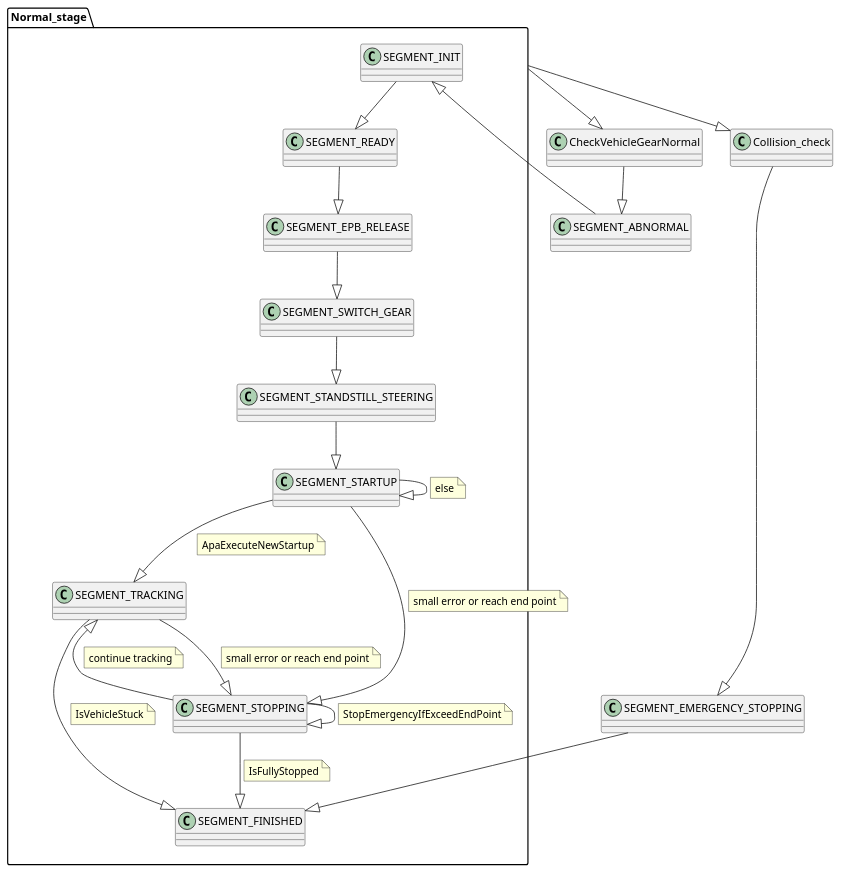
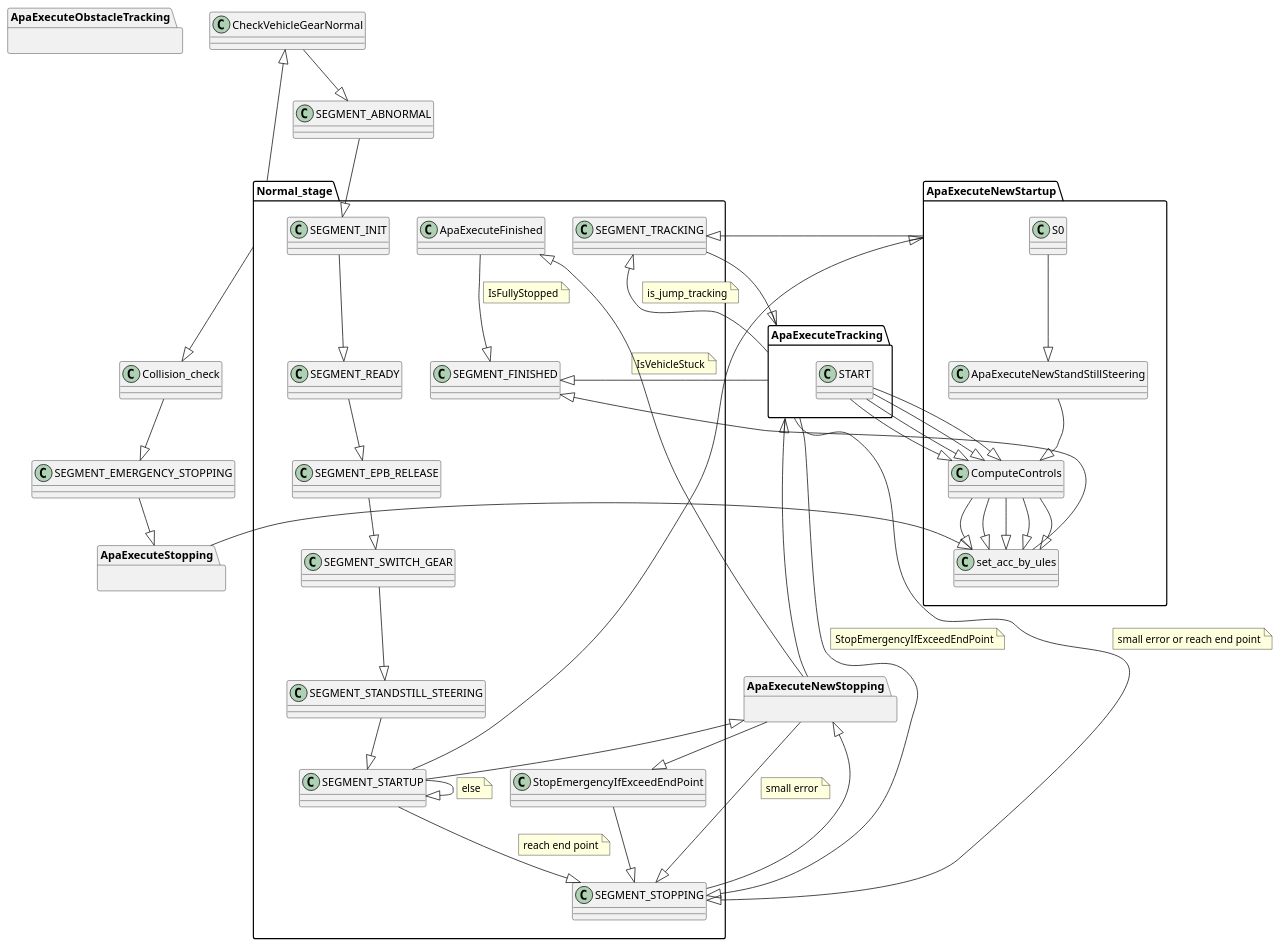
One commit to djh1995555/scripts changed the diagram in other/segment_stage.puml. Above: the diagram before and after it, drawn with PlantUML. The commit also changed 297 other files, not shown here.

```diff
--- a/other/segment_stage.puml
+++ b/other/segment_stage.puml
@@ -1,34 +1,77 @@
 @startuml
+package ApaExecuteNewStartup{
+    S0 --|> ApaExecuteNewStandStillSteering
+    ApaExecuteNewStandStillSteering --|> ComputeControls
+    ComputeControls --|> set_acc_by_ules
+}
+
+package ApaExecuteTracking{
+    START --|> ComputeControls
+    ComputeControls --|> set_acc_by_ules
+}
+
+package ApaExecuteObstacleTracking{
+    START --|> ComputeControls
+    ComputeControls --|> set_acc_by_ules
+}
+
+package ApaExecuteStopping{
+    START --|> ComputeControls
+    ComputeControls --|> set_acc_by_ules
+}
+
+package ApaExecuteNewStopping{
+    START --|> ComputeControls
+    ComputeControls --|> set_acc_by_ules
+}
+
 package Normal_stage{
     SEGMENT_INIT --|> SEGMENT_READY
     SEGMENT_READY --|> SEGMENT_EPB_RELEASE
     SEGMENT_EPB_RELEASE --|> SEGMENT_SWITCH_GEAR
     SEGMENT_SWITCH_GEAR --|> SEGMENT_STANDSTILL_STEERING
     SEGMENT_STANDSTILL_STEERING --|> SEGMENT_STARTUP
-    SEGMENT_STARTUP --|> SEGMENT_TRACKING
-    note on link: ApaExecuteNewStartup
+
+    SEGMENT_STARTUP --|> ApaExecuteNewStartup
+    ApaExecuteNewStartup --|> SEGMENT_TRACKING
+    SEGMENT_STARTUP --|> ApaExecuteNewStopping
+    ApaExecuteNewStopping --|> SEGMENT_STOPPING
+    note on link: small error
     SEGMENT_STARTUP --|> SEGMENT_STOPPING
-    note on link: small error or reach end point
+    note on link: reach end point
     SEGMENT_STARTUP --|> SEGMENT_STARTUP
     note on link: else
-    SEGMENT_TRACKING --|> SEGMENT_FINISHED
+
+    SEGMENT_TRACKING --|> ApaExecuteTracking
+    ApaExecuteTracking --|> SEGMENT_FINISHED
     note on link: IsVehicleStuck
-    SEGMENT_TRACKING --|> SEGMENT_STOPPING
+    ApaExecuteTracking --|> SEGMENT_STOPPING
     note on link: small error or reach end point
-    SEGMENT_STOPPING --|> SEGMENT_STOPPING
+    ApaExecuteTracking --|> SEGMENT_STOPPING
     note on link: StopEmergencyIfExceedEndPoint
-    SEGMENT_STOPPING --|> SEGMENT_TRACKING
-    note on link: continue tracking
-    SEGMENT_STOPPING --|> SEGMENT_FINISHED
+
+    SEGMENT_STOPPING --|> ApaExecuteNewStopping
+    ApaExecuteNewStopping --|> StopEmergencyIfExceedEndPoint
+    StopEmergencyIfExceedEndPoint --|> SEGMENT_STOPPING
+
+    ApaExecuteNewStopping --|> ApaExecuteTracking
+    ApaExecuteTracking --|> SEGMENT_TRACKING
+    note on link: is_jump_tracking
+
+    ApaExecuteNewStopping --|> ApaExecuteFinished
+    ApaExecuteFinished --|> SEGMENT_FINISHED
     note on link: IsFullyStopped
 }
 
 Normal_stage --|> CheckVehicleGearNormal
 CheckVehicleGearNormal --|> SEGMENT_ABNORMAL
 SEGMENT_ABNORMAL --|> SEGMENT_INIT
 
 Normal_stage --|> Collision_check
 Collision_check --|> SEGMENT_EMERGENCY_STOPPING
-SEGMENT_EMERGENCY_STOPPING --|> SEGMENT_FINISHED
-    
+SEGMENT_EMERGENCY_STOPPING --|> ApaExecuteStopping
+ApaExecuteStopping --|> set_acc_by_ules
+set_acc_by_ules --|> SEGMENT_FINISHED
+
+
 @enduml
```
